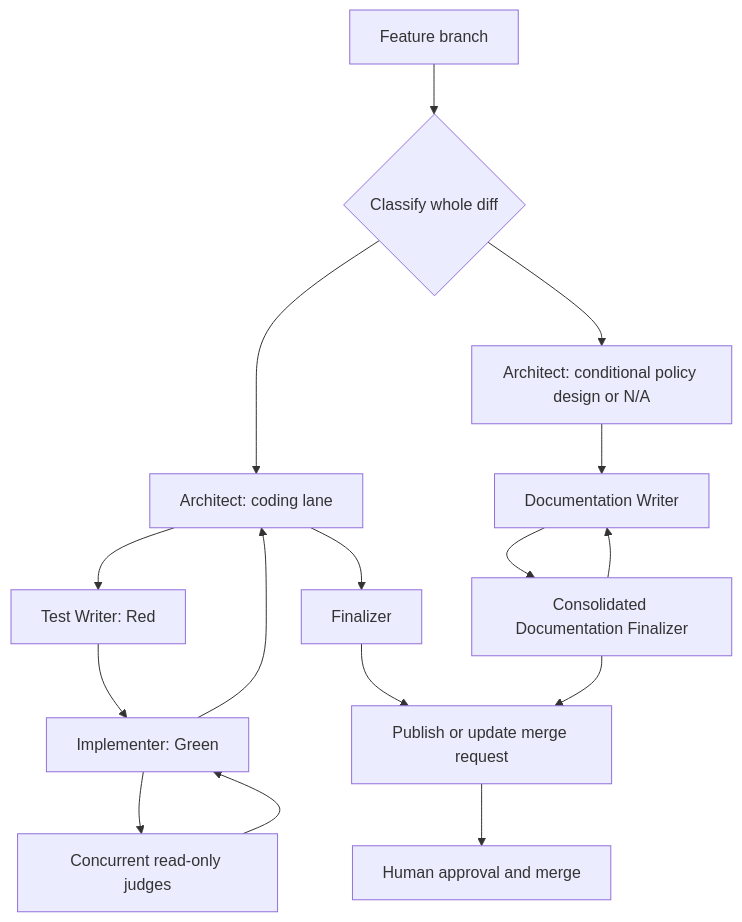
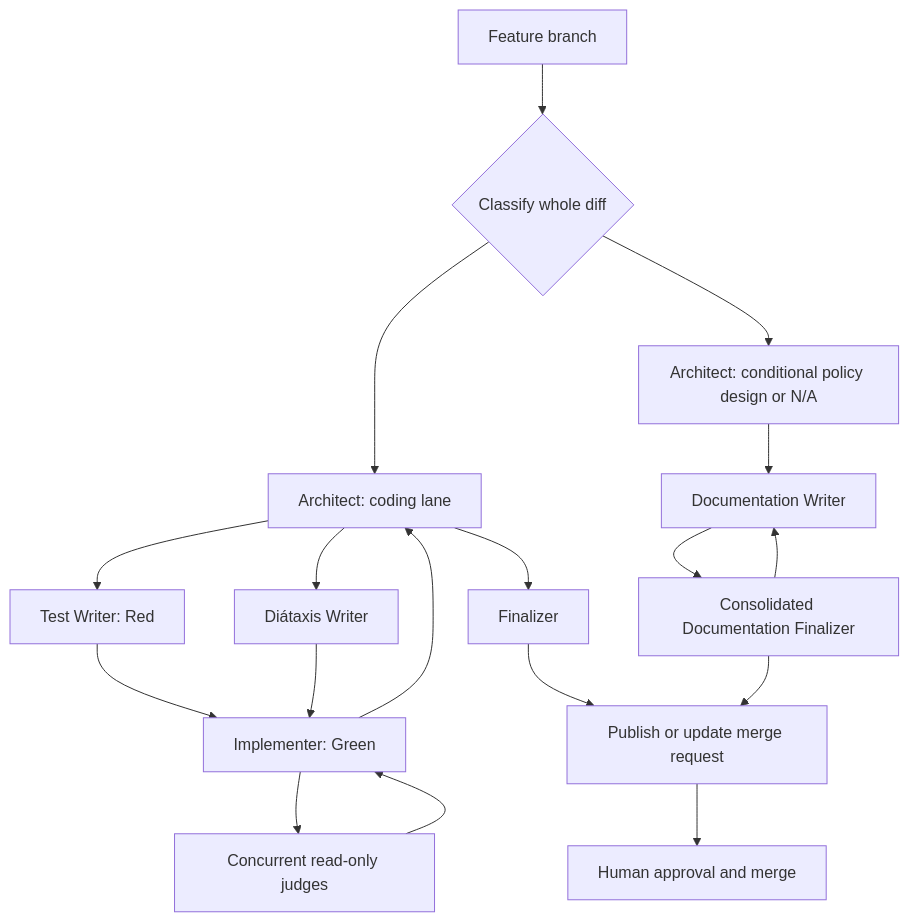
Before and after one commit to dfwguy/nvis-ova-agentic-copier: the diagram in docs/explanation/agentic-workflow.md, drawn with Mermaid. The commit also changed other lines of this file and 35 other files, not shown here.

````diff
--- a/docs/explanation/agentic-workflow.md
+++ b/docs/explanation/agentic-workflow.md
@@ -121,18 +122,20 @@
 ```mermaid
 flowchart TD
     branch[Feature branch] --> classify{Classify whole diff}
     classify --> coding_architect[Architect: coding lane]
     coding_architect --> tests[Test Writer: Red]
+    coding_architect --> diataxis[Diátaxis Writer]
     tests --> implementer[Implementer: Green]
+    diataxis --> implementer
     implementer --> judges[Concurrent read-only judges]
     judges --> implementer
     implementer --> coding_architect
     coding_architect --> coding_finalizer[Finalizer]
     coding_finalizer --> mr[Publish or update merge request]
     classify --> policy_architect[Architect: conditional policy design or N/A]
     policy_architect --> documentation_writer[Documentation Writer]
     documentation_writer --> documentation_finalizer[Consolidated Documentation Finalizer]
     documentation_finalizer --> documentation_writer
     documentation_finalizer --> mr
     mr --> human[Human approval and merge]
 ```
````
